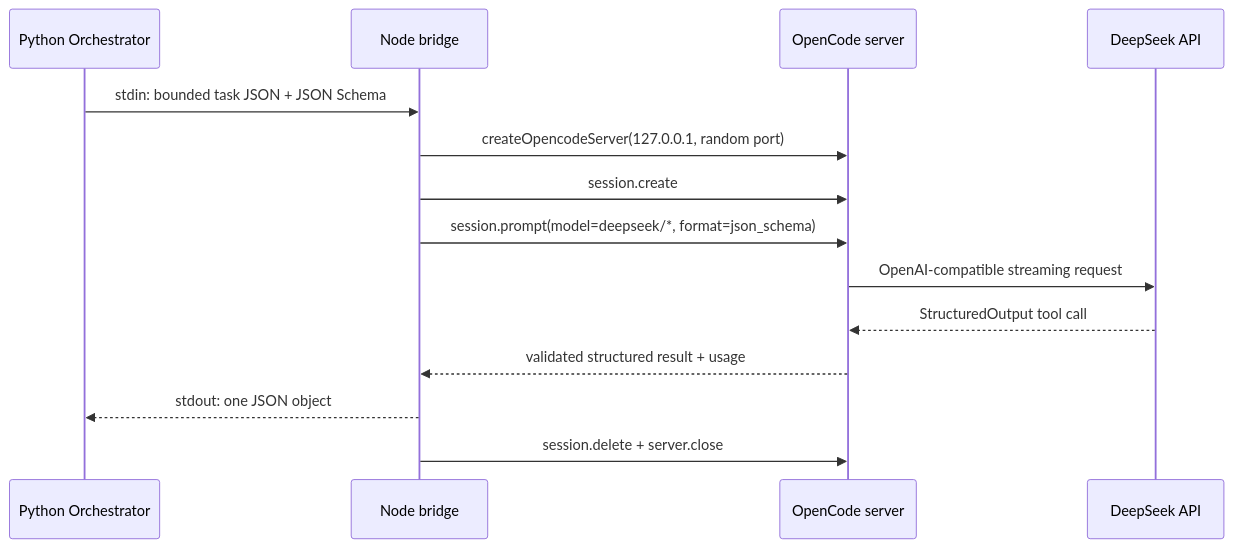
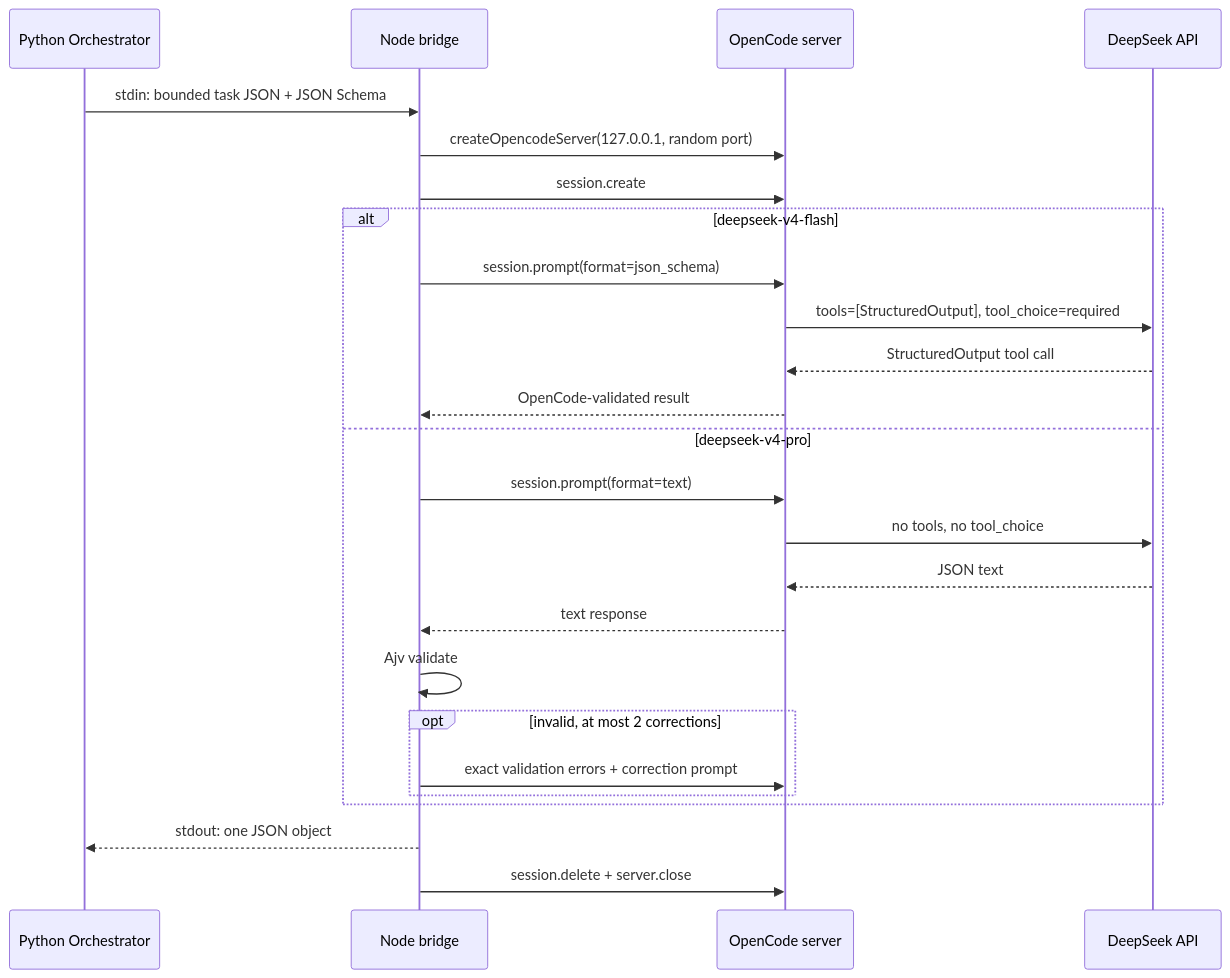
Before and after one commit to Nijika0529/ApkScanner: the diagram in docs/opencode-deepseek.zh-CN.md, drawn with Mermaid. The commit also changed other lines of this file and 23 other files, not shown here.

````diff
--- a/docs/opencode-deepseek.zh-CN.md
+++ b/docs/opencode-deepseek.zh-CN.md
@@ -30,17 +51,28 @@
 ```mermaid
 sequenceDiagram
     participant P as Python Orchestrator
     participant W as Node bridge
     participant O as OpenCode server
     participant D as DeepSeek API
 
     P->>W: stdin: bounded task JSON + JSON Schema
     W->>O: createOpencodeServer(127.0.0.1, random port)
     W->>O: session.create
-    W->>O: session.prompt(model=deepseek/*, format=json_schema)
-    O->>D: OpenAI-compatible streaming request
-    D-->>O: StructuredOutput tool call
-    O-->>W: validated structured result + usage
+    alt deepseek-v4-flash
+        W->>O: session.prompt(format=json_schema)
+        O->>D: tools=[StructuredOutput], tool_choice=required
+        D-->>O: StructuredOutput tool call
+        O-->>W: OpenCode-validated result
+    else deepseek-v4-pro
+        W->>O: session.prompt(format=text)
+        O->>D: no tools, no tool_choice
+        D-->>O: JSON text
+        O-->>W: text response
+        W->>W: Ajv validate
+        opt invalid, at most 2 corrections
+            W->>O: exact validation errors + correction prompt
+        end
+    end
     W-->>P: stdout: one JSON object
     W->>O: session.delete + server.close
 ```
````
